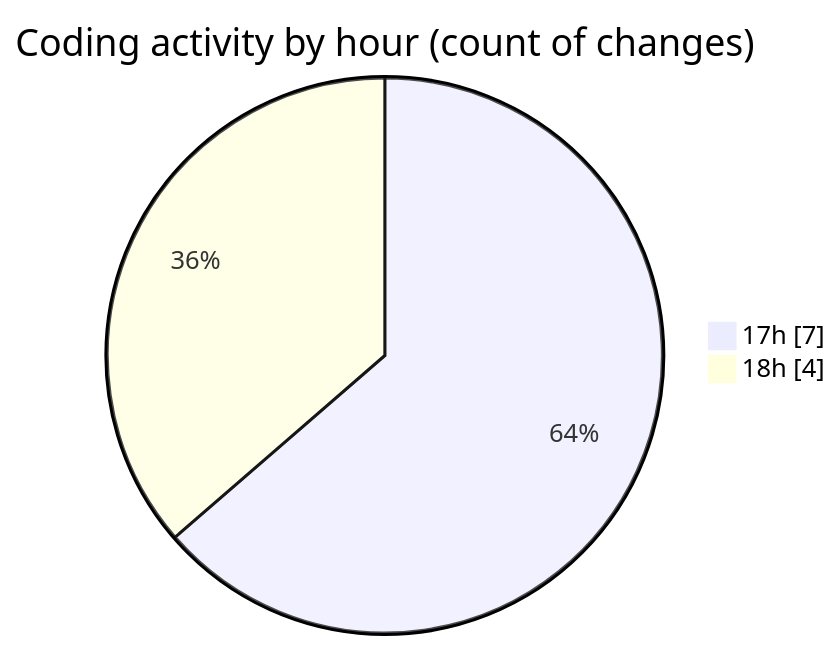
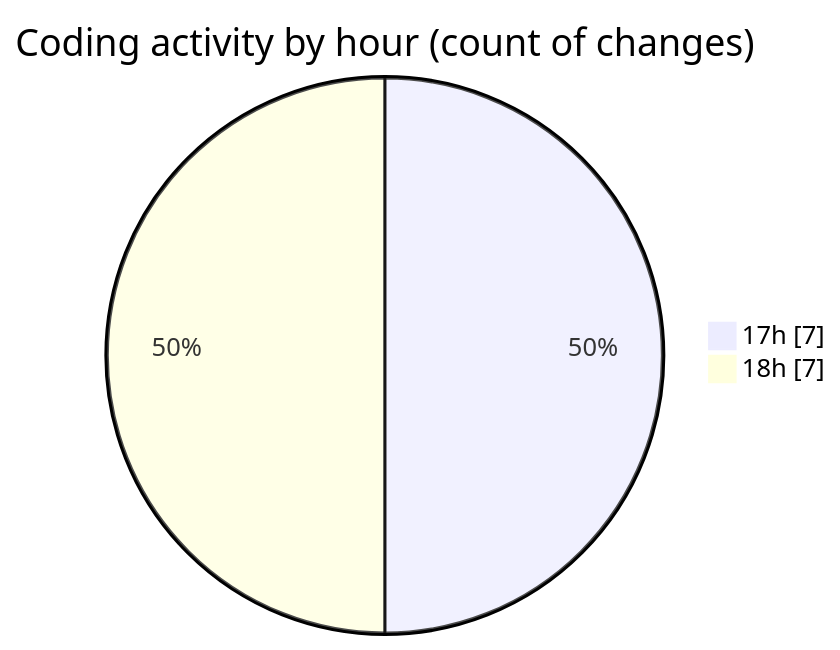
One commit to Ritupan-Deka/code-tracking changed the second of 2 diagrams in 2025-05-22/expensetracker/README.md. Above: the diagram before and after it, drawn with Mermaid. The commit also changed other lines of this file and 1 other file, not shown here.

````diff
--- a/2025-05-22/expensetracker/README.md
+++ b/2025-05-22/expensetracker/README.md
@@ -31,6 +33,6 @@
 ```mermaid
 pie showData
 title Coding activity by hour (count of changes)
 "17h" : 7
-"18h" : 4
+"18h" : 7
 ```
````
